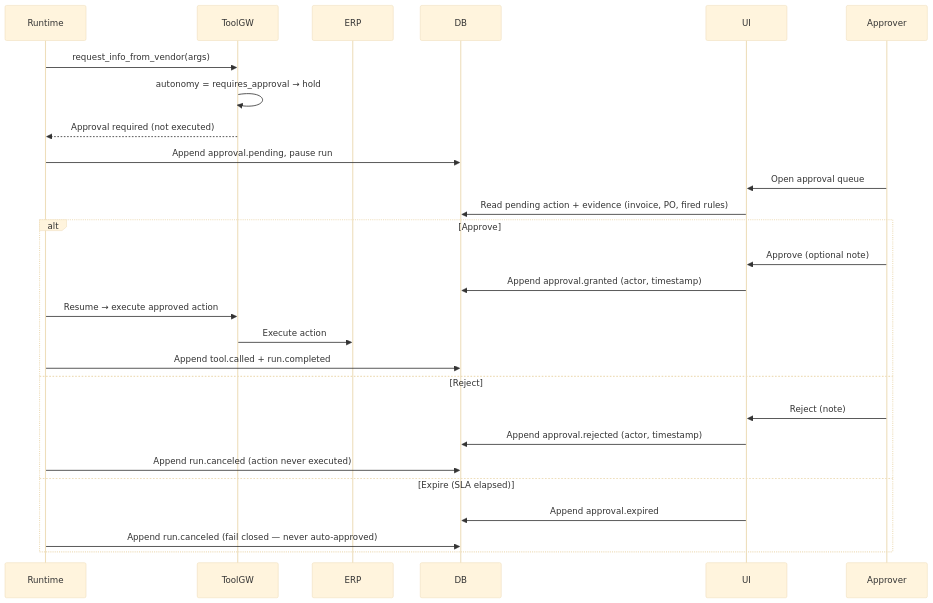
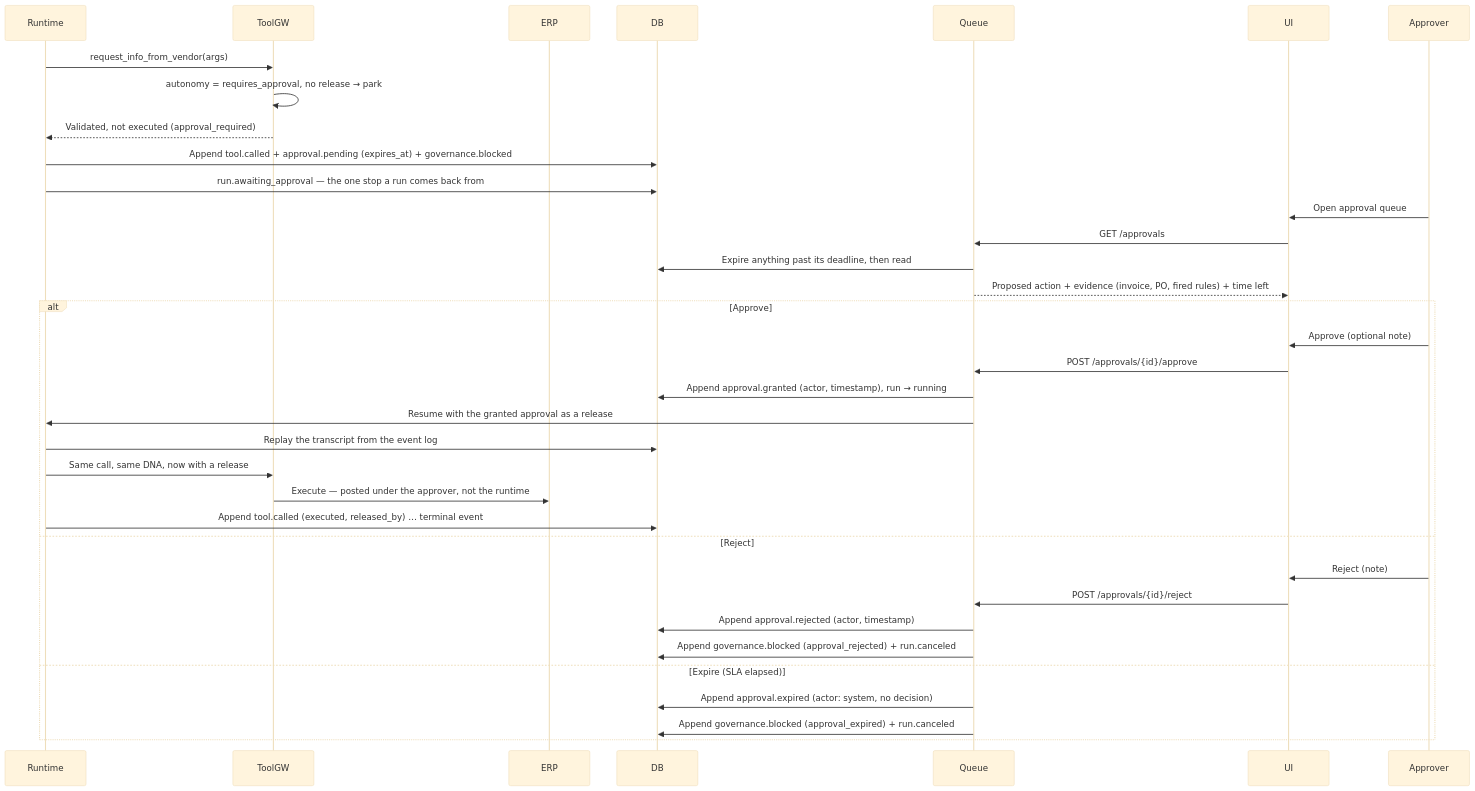
The diagram in docs/02-architecture/diagrams/seq-hitl.md (Roygrh/forge), drawn with Mermaid (base theme) before and after one commit. The commit also changed other lines of this file and 46 other files, not shown here.

Commit message:
feat: human-in-the-loop approval queue with fail-closed expiry and segregation of duties (Phase 4.4)

````diff
--- a/docs/02-architecture/diagrams/seq-hitl.md
+++ b/docs/02-architecture/diagrams/seq-hitl.md
@@ -9,30 +9,38 @@
 ```mermaid
 sequenceDiagram
     participant Runtime
     participant ToolGW
     participant ERP
     participant DB
+    participant Queue
     participant UI
     participant Approver
 
     Runtime->>ToolGW: request_info_from_vendor(args)
-    ToolGW->>ToolGW: autonomy = requires_approval → hold
-    ToolGW-->>Runtime: Approval required (not executed)
-    Runtime->>DB: Append approval.pending, pause run
+    ToolGW->>ToolGW: autonomy = requires_approval, no release → park
+    ToolGW-->>Runtime: Validated, not executed (approval_required)
+    Runtime->>DB: Append tool.called + approval.pending (expires_at) + governance.blocked
+    Runtime->>DB: run.awaiting_approval — the one stop a run comes back from
     Approver->>UI: Open approval queue
-    UI->>DB: Read pending action + evidence (invoice, PO, fired rules)
+    UI->>Queue: GET /approvals
+    Queue->>DB: Expire anything past its deadline, then read
+    Queue-->>UI: Proposed action + evidence (invoice, PO, fired rules) + time left
     alt Approve
         Approver->>UI: Approve (optional note)
-        UI->>DB: Append approval.granted (actor, timestamp)
-        Runtime->>ToolGW: Resume → execute approved action
-        ToolGW->>ERP: Execute action
-        Runtime->>DB: Append tool.called + run.completed
+        UI->>Queue: POST /approvals/{id}/approve
+        Queue->>DB: Append approval.granted (actor, timestamp), run → running
+        Queue->>Runtime: Resume with the granted approval as a release
+        Runtime->>DB: Replay the transcript from the event log
+        Runtime->>ToolGW: Same call, same DNA, now with a release
+        ToolGW->>ERP: Execute — posted under the approver, not the runtime
+        Runtime->>DB: Append tool.called (executed, released_by) … terminal event
     else Reject
         Approver->>UI: Reject (note)
-        UI->>DB: Append approval.rejected (actor, timestamp)
-        Runtime->>DB: Append run.canceled (action never executed)
+        UI->>Queue: POST /approvals/{id}/reject
+        Queue->>DB: Append approval.rejected (actor, timestamp)
+        Queue->>DB: Append governance.blocked (approval_rejected) + run.canceled
     else Expire (SLA elapsed)
-        UI->>DB: Append approval.expired
-        Runtime->>DB: Append run.canceled (fail closed — never auto-approved)
+        Queue->>DB: Append approval.expired (actor: system, no decision)
+        Queue->>DB: Append governance.blocked (approval_expired) + run.canceled
     end
 ```
````
